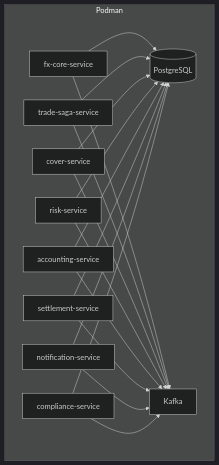
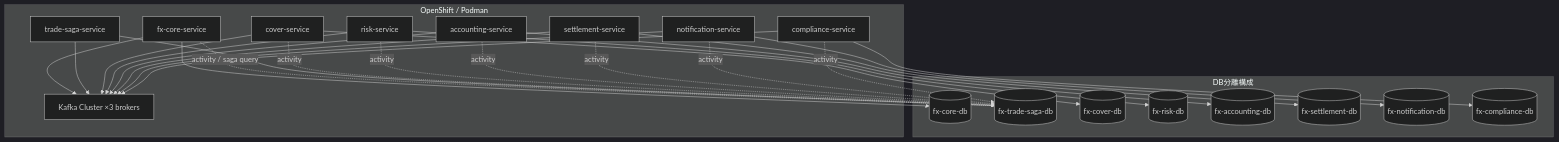
Before and after one commit to keijijin/fx-trading-sample: the seventh of 7 diagrams in design/design.md, drawn with Mermaid (dark theme). The commit also changed other lines of this file and 4 other files, not shown here.

````diff
--- a/design/design.md
+++ b/design/design.md
@@ -660,33 +679,50 @@
 ```mermaid
 flowchart TB
-    subgraph Podman
-        DB[(PostgreSQL)]
-        K[Kafka]
+    subgraph OpenShift / Podman
+        K[Kafka Cluster ×3 brokers]
         C1[fx-core-service]
         C2[trade-saga-service]
         C3[cover-service]
         C4[risk-service]
         C5[accounting-service]
         C6[settlement-service]
         C7[notification-service]
         C8[compliance-service]
     end
 
-    C1 --> DB
-    C2 --> DB
-    C3 --> DB
-    C4 --> DB
-    C5 --> DB
-    C6 --> DB
-    C7 --> DB
-    C8 --> DB
+    subgraph DB分離構成
+        DB1[(fx-core-db)]
+        DB2[(fx-trade-saga-db)]
+        DB3[(fx-cover-db)]
+        DB4[(fx-risk-db)]
+        DB5[(fx-accounting-db)]
+        DB6[(fx-settlement-db)]
+        DB7[(fx-notification-db)]
+        DB8[(fx-compliance-db)]
+    end
+
+    C1 --> DB1
+    C1 -.->|activity / saga query| DB2
+    C2 --> DB2
+    C3 --> DB3
+    C3 -.->|activity| DB2
+    C4 --> DB4
+    C4 -.->|activity| DB2
+    C5 --> DB5
+    C5 -.->|activity| DB2
+    C6 --> DB6
+    C6 -.->|activity| DB2
+    C7 --> DB7
+    C7 -.->|activity| DB2
+    C8 --> DB8
+    C8 -.->|activity| DB2
 
     C1 --> K
     C2 --> K
     C3 --> K
     C4 --> K
     C5 --> K
     C6 --> K
     C7 --> K
     C8 --> K
 ```
````
